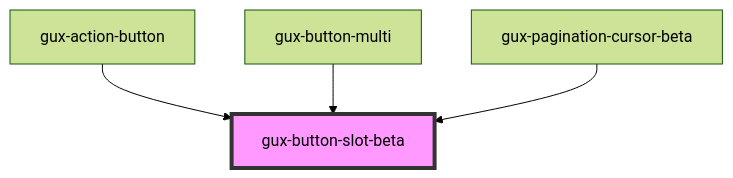
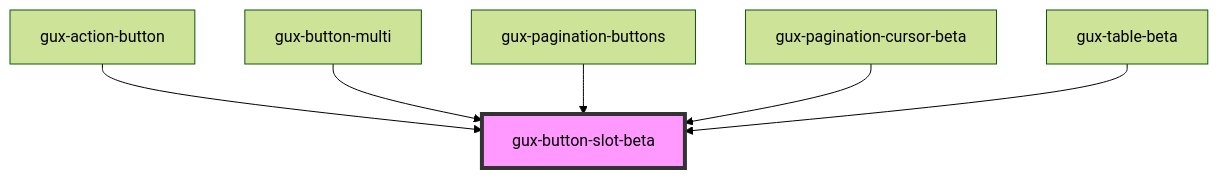
Before and after one commit to MyPureCloud/genesys-spark: the diagram in src/components/beta/gux-button-slot/readme.md, drawn with Mermaid (forest theme). The commit also changed other lines of this file and 12 other files, not shown here.

````diff
--- a/src/components/beta/gux-button-slot/readme.md
+++ b/src/components/beta/gux-button-slot/readme.md
@@ -28,7 +30,9 @@
 ```mermaid
 graph TD;
   gux-action-button --> gux-button-slot-beta
   gux-button-multi --> gux-button-slot-beta
+  gux-pagination-buttons --> gux-button-slot-beta
   gux-pagination-cursor-beta --> gux-button-slot-beta
+  gux-table-beta --> gux-button-slot-beta
   style gux-button-slot-beta fill:#f9f,stroke:#333,stroke-width:4px
 ```
````
